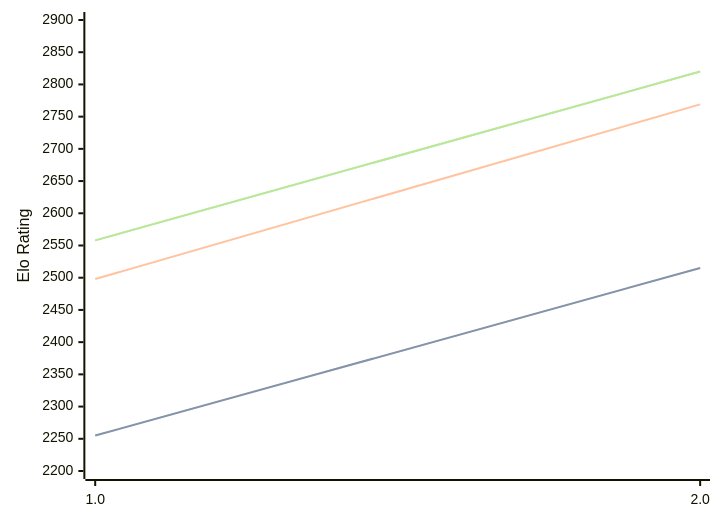
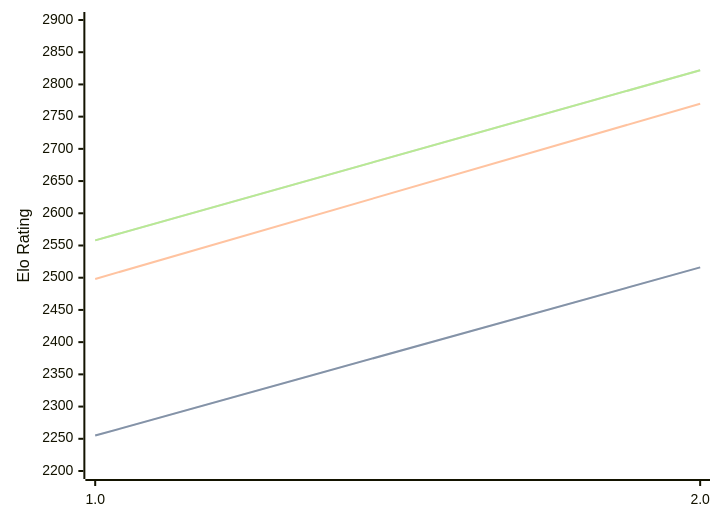
Before and after one commit to computer-chess-index/cci: the diagram in engines/Revolver.md, drawn with Mermaid. The commit also changed other lines of this file, not shown here.

Commit message:
Update CCI Ratings (ELO VLTC) - 2026-08-23

````diff
--- a/engines/Revolver.md
+++ b/engines/Revolver.md
@@ -32,11 +32,11 @@
 ```mermaid
 %%{init: {"theme":"base","themeVariables":{"seriesColors:['#a3a3a3','#222221','#faa371']}}}%%
 xychart-beta
   x-axis ["1.0", "2.0"]
   y-axis "Elo Rating" 2200 --> 2900
-  line "STC (8.0+0.08s)" [2255, 2515]
-  line "STC (8.0+0.08s)" [2255, 2515]
-  line "LTC (60.0+0.60s)" [2498, 2769]
-  line "VLTC (2m24s+1.12s)" [2558, 2820]
-  line "VLTC (2m24s+1.12s)" [2558, 2820]
+  line "STC (8.0+0.08s)" [2255, 2516]
+  line "STC (8.0+0.08s)" [2255, 2516]
+  line "LTC (60.0+0.60s)" [2498, 2770]
+  line "VLTC (2m24s+1.12s)" [2558, 2822]
+  line "VLTC (2m24s+1.12s)" [2558, 2822]
 ```
````
